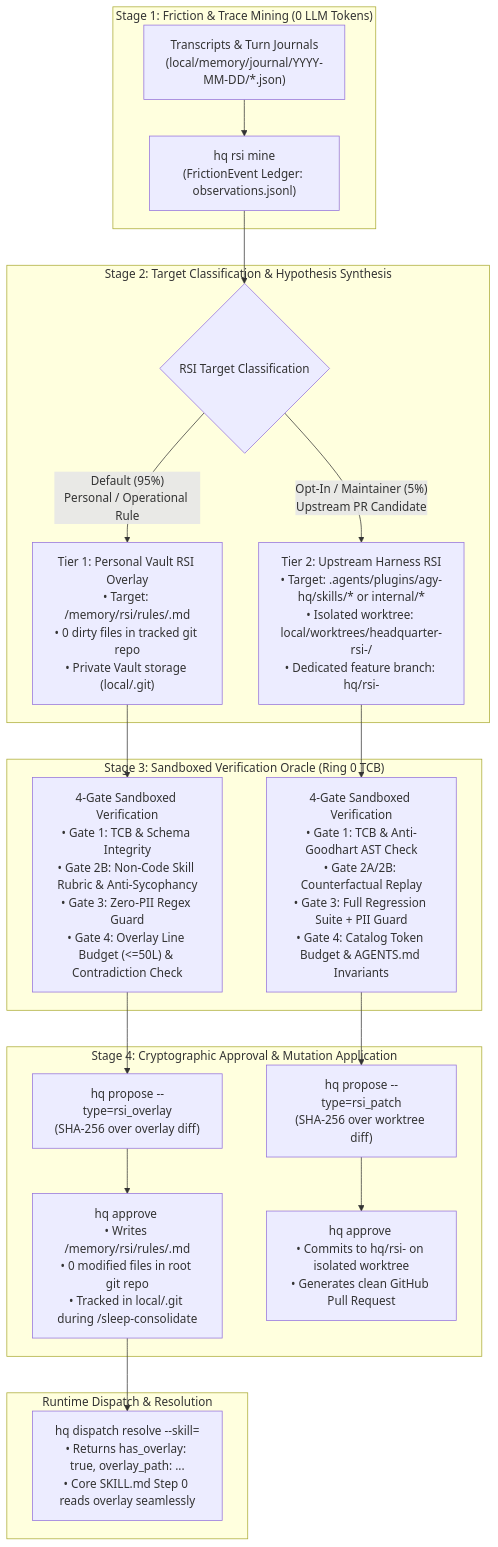
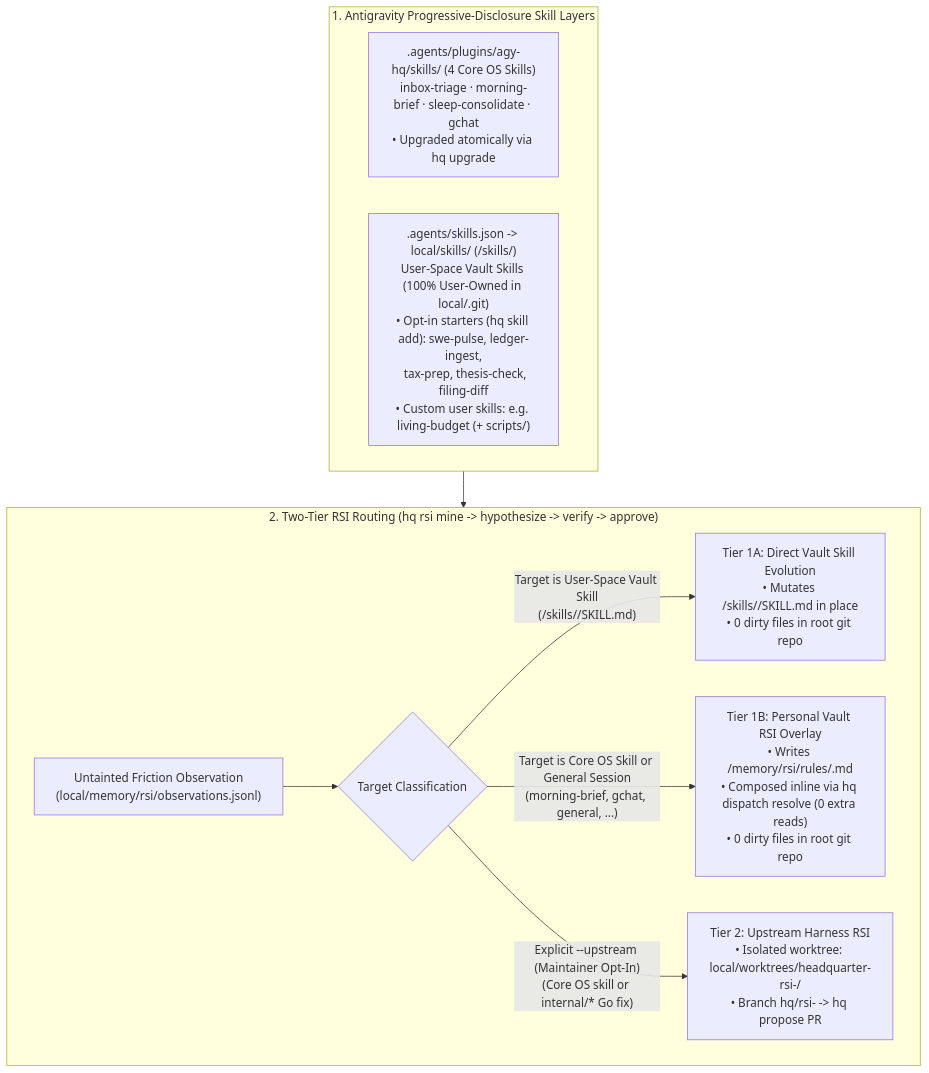
The diagram in docs/design/0019-two-tier-rsi-vault-overlay.md (zjshen14/agy-hq), drawn with Mermaid before and after one commit. The commit also changed other lines of this file and 2 other files, not shown here.

Commit message:
docs(rfc-0019): align OS vs user-space skill boundary and local/skills layout

````diff
--- a/docs/design/0019-two-tier-rsi-vault-overlay.md
+++ b/docs/design/0019-two-tier-rsi-vault-overlay.md
@@ -41,30 +52,17 @@
 ```mermaid
 flowchart TB
-    subgraph Mining["Stage 1: Friction & Trace Mining (0 LLM Tokens)"]
-        TR["Transcripts & Turn Journals\n(local/memory/journal/YYYY-MM-DD/*.json)"]
-        MN["hq rsi mine\n(FrictionEvent Ledger: observations.jsonl)"]
-        TR --> MN
+    subgraph Discovery["1. Antigravity Progressive-Disclosure Skill Layers"]
+        CORE[".agents/plugins/agy-hq/skills/ (4 Core OS Skills)\ninbox-triage · morning-brief · sleep-consolidate · gchat\n• Upgraded atomically via hq upgrade"]
+        SJSON[".agents/skills.json -> local/skills/ (<vault>/skills/)\nUser-Space Vault Skills (100% User-Owned in local/.git)\n• Opt-in starters (hq skill add): swe-pulse, ledger-ingest,\n  tax-prep, thesis-check, filing-diff\n• Custom user skills: e.g. living-budget (+ scripts/)"]
     end
 
-    subgraph TierDecision["Stage 2: Target Classification & Hypothesis Synthesis"]
-        MN --> CLAS{"RSI Target Classification"}
-        CLAS -->|"Default (95%)\nPersonal / Operational Rule"| T1["Tier 1: Personal Vault RSI Overlay\n• Target: <vault>/memory/rsi/rules/<skill>.md\n• 0 dirty files in tracked git repo\n• Private Vault storage (local/.git)"]
-        CLAS -->|"Opt-In / Maintainer (5%)\nUpstream PR Candidate"| T2["Tier 2: Upstream Harness RSI\n• Target: .agents/plugins/agy-hq/skills/* or internal/*\n• Isolated worktree: local/worktrees/headquarter-rsi-<id>/\n• Dedicated feature branch: hq/rsi-<id>"]
+    subgraph RSI["2. Two-Tier RSI Routing (hq rsi mine -> hypothesize -> verify -> approve)"]
+        OBS["Untainted Friction Observation\n(local/memory/rsi/observations.jsonl)"]
+        OBS --> ROUTER{"Target Classification"}
+        ROUTER -->|"Target is User-Space Vault Skill\n(<vault>/skills/<slug>/SKILL.md)"| T1A["Tier 1A: Direct Vault Skill Evolution\n• Mutates <vault>/skills/<slug>/SKILL.md in place\n• 0 dirty files in root git repo"]
+        ROUTER -->|"Target is Core OS Skill or General Session\n(morning-brief, gchat, general, ...)"| T1B["Tier 1B: Personal Vault RSI Overlay\n• Writes <vault>/memory/rsi/rules/<slug>.md\n• Composed inline via hq dispatch resolve (0 extra reads)\n• 0 dirty files in root git repo"]
+        ROUTER -->|"Explicit --upstream (Maintainer Opt-In)\n(Core OS skill or internal/* Go fix)"| T2["Tier 2: Upstream Harness RSI\n• Isolated worktree: local/worktrees/headquarter-rsi-<id>/\n• Branch hq/rsi-<id> -> hq propose PR"]
     end
 
-    subgraph Verification["Stage 3: Sandboxed Verification Oracle (Ring 0 TCB)"]
-        T1 --> V1["4-Gate Sandboxed Verification\n• Gate 1: TCB & Schema Integrity\n• Gate 2B: Non-Code Skill Rubric & Anti-Sycophancy\n• Gate 3: Zero-PII Regex Guard\n• Gate 4: Overlay Line Budget (<=50L) & Contradiction Check"]
-        T2 --> V2["4-Gate Sandboxed Verification\n• Gate 1: TCB & Anti-Goodhart AST Check\n• Gate 2A/2B: Counterfactual Replay\n• Gate 3: Full Regression Suite + PII Guard\n• Gate 4: Catalog Token Budget & AGENTS.md Invariants"]
-    end
-
-    subgraph Application["Stage 4: Cryptographic Approval & Mutation Application"]
-        V1 --> P1["hq propose --type=rsi_overlay\n(SHA-256 over overlay diff)"]
-        V2 --> P2["hq propose --type=rsi_patch\n(SHA-256 over worktree diff)"]
-        P1 --> AP1["hq approve <id>\n• Writes <vault>/memory/rsi/rules/<skill>.md\n• 0 modified files in root git repo\n• Tracked in local/.git during /sleep-consolidate"]
-        P2 --> AP2["hq approve <id>\n• Commits to hq/rsi-<id> on isolated worktree\n• Generates clean GitHub Pull Request"]
-    end
-
-    subgraph Runtime["Runtime Dispatch & Resolution"]
-        AP1 --> RES["hq dispatch resolve --skill=<name>\n• Returns has_overlay: true, overlay_path: ...\n• Core SKILL.md Step 0 reads overlay seamlessly"]
-    end
+    Discovery --> RSI
 ```
````
